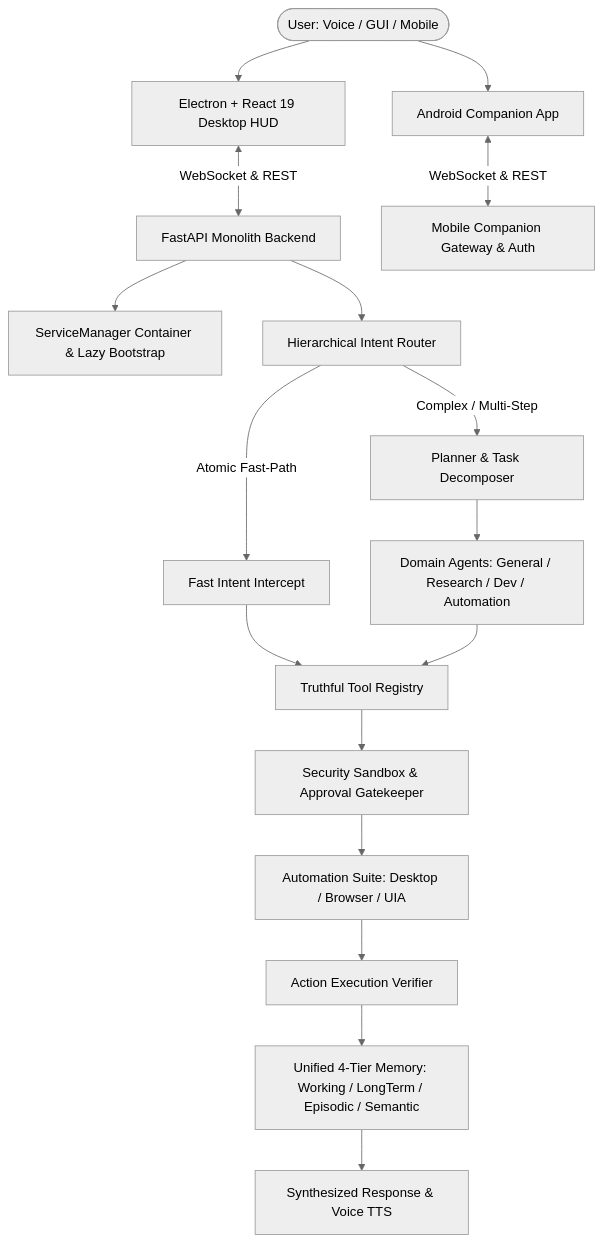
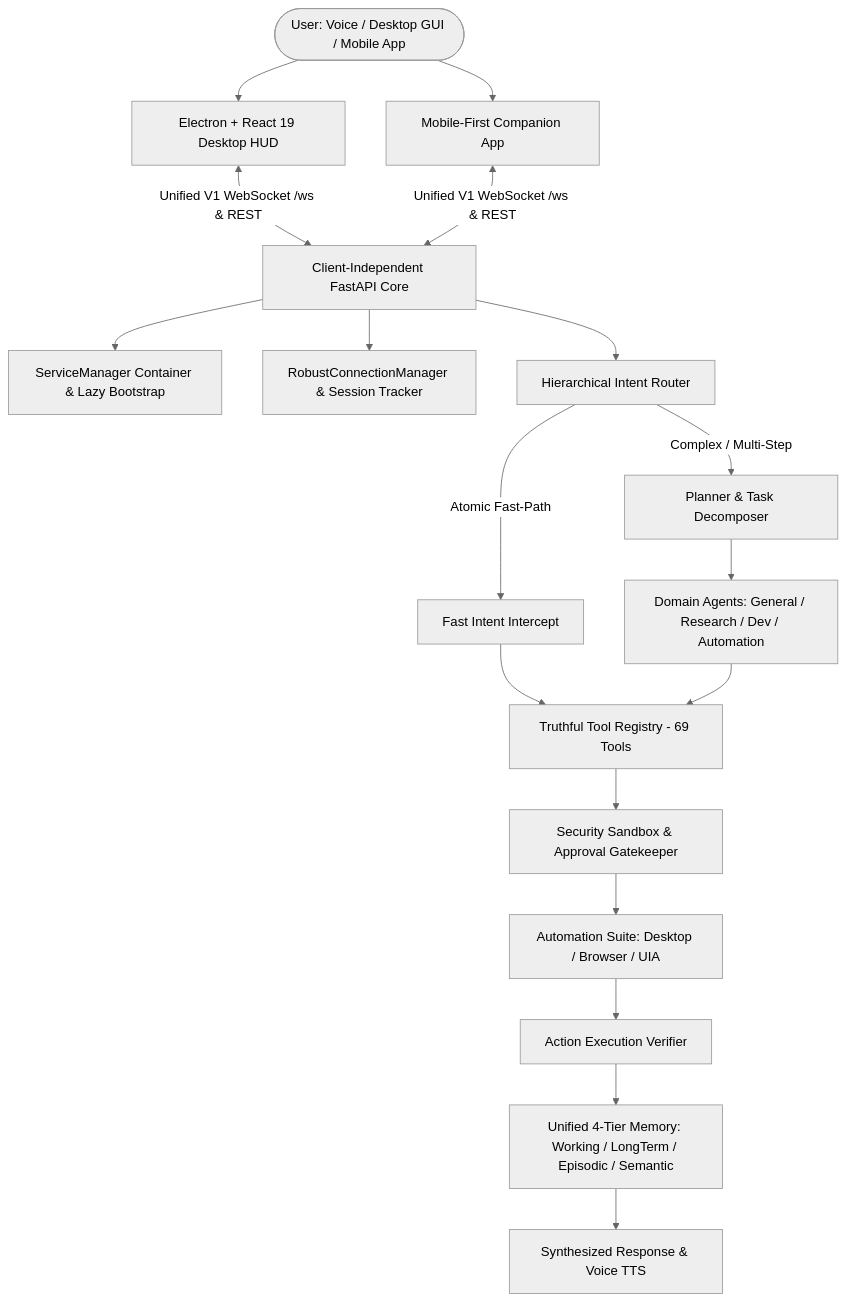
Before and after one commit to Ashrit-Raghupatruni/JARVIS: the first of 2 diagrams in documentations/ARCHITECTURE.md, drawn with Mermaid (neutral theme). The commit also changed other lines of this file and 15 other files, not shown here.

````diff
--- a/documentations/ARCHITECTURE.md
+++ b/documentations/ARCHITECTURE.md
@@ -9,25 +9,26 @@
 ```mermaid
 graph TD
-    User([User: Voice / GUI / Mobile]) --> DesktopClient[Electron + React 19 Desktop HUD]
-    User --> MobileClient[Android Companion App]
+    User([User: Voice / Desktop GUI / Mobile App]) --> DesktopClient[Electron + React 19 Desktop HUD]
+    User --> MobileClient[Mobile-First Companion App]
 
-    DesktopClient <-->|WebSocket & REST| FastAPI[FastAPI Monolith Backend]
-    MobileClient <-->|WebSocket & REST| MobileGateway[Mobile Companion Gateway & Auth]
+    DesktopClient <-->|Unified V1 WebSocket /ws & REST| FastAPI[Client-Independent FastAPI Core]
+    MobileClient <-->|Unified V1 WebSocket /ws & REST| FastAPI
 
     FastAPI --> ServiceMgr[ServiceManager Container & Lazy Bootstrap]
+    FastAPI --> ConnMgr[RobustConnectionManager & Session Tracker]
     
     FastAPI --> IntentRouter[Hierarchical Intent Router]
     IntentRouter -->|Atomic Fast-Path| FastPath[Fast Intent Intercept]
     IntentRouter -->|Complex / Multi-Step| Planner[Planner & Task Decomposer]
 
-    FastPath --> ToolReg[Truthful Tool Registry]
+    FastPath --> ToolReg[Truthful Tool Registry - 69 Tools]
     Planner --> DomainAgents[Domain Agents: General / Research / Dev / Automation]
     DomainAgents --> ToolReg
 
     ToolReg --> SafetyGate[Security Sandbox & Approval Gatekeeper]
     SafetyGate --> AutomationExec[Automation Suite: Desktop / Browser / UIA]
 
     AutomationExec --> Verifier[Action Execution Verifier]
     Verifier --> Memory[Unified 4-Tier Memory: Working / LongTerm / Episodic / Semantic]
     Memory --> Response[Synthesized Response & Voice TTS]
 ```
````
